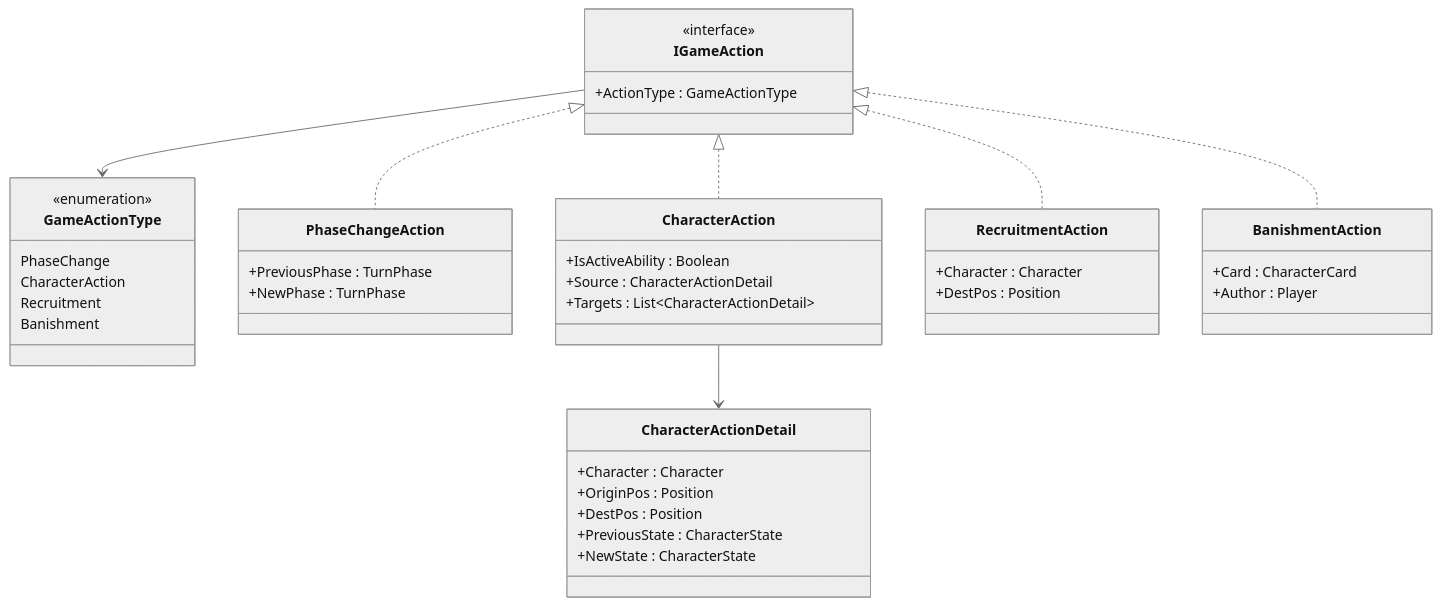
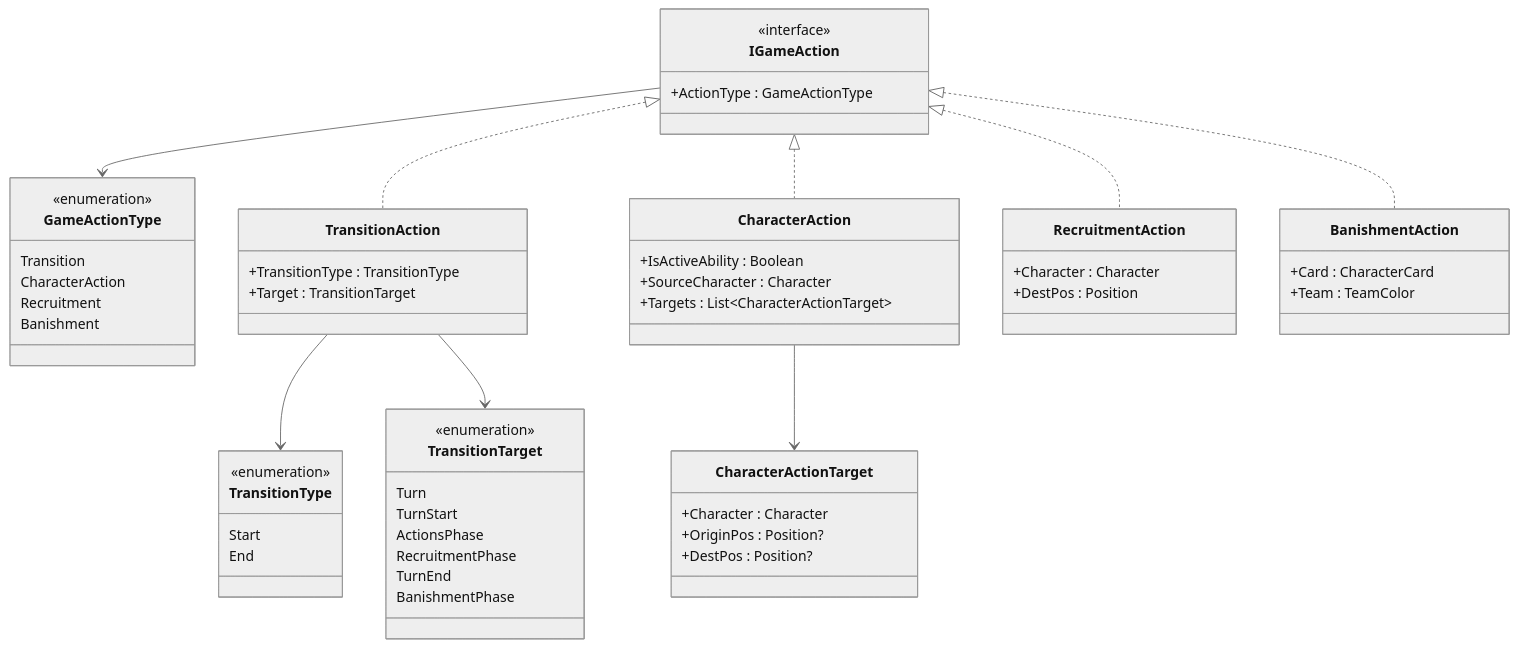
One commit to PaulRosselle/leaders_board_game changed the diagram in docs/GameLogic/uml_actions_gamelogic.mmd. Above: the diagram before and after it, drawn with Mermaid (neutral theme). The commit also changed 3 other files, not shown here.

Commit message:
GameLogic documentation updated for V3 architecture

```diff
--- a/docs/GameLogic/uml_actions_gamelogic.mmd
+++ b/docs/GameLogic/uml_actions_gamelogic.mmd
@@ -1,53 +1,73 @@
 classDiagram
     direction TB
 
     %% Enums
     class GameActionType {
         <<enumeration>>
-        PhaseChange
+        Transition
         CharacterAction
         Recruitment
         Banishment
+    }
+
+    class TransitionType {
+        <<enumeration>>
+        Start
+        End
+    }
+
+    class TransitionTarget {
+        <<enumeration>>
+        Turn
+        TurnStart
+        ActionsPhase
+        RecruitmentPhase
+        TurnEnd
+        BanishmentPhase
     }
 
     %% Interface
     class IGameAction {
         <<interface>>
         +ActionType : GameActionType
     }
 
-    %% Actions concrètes
-    class PhaseChangeAction {
-        +PreviousPhase : TurnPhase
-        +NewPhase : TurnPhase
+    %% Actions
+    class TransitionAction {
+        +TransitionType : TransitionType
+        +Target : TransitionTarget
     }
-    class CharacterActionDetail {
+
+    class CharacterActionTarget {
         +Character : Character
-        +OriginPos : Position
-        +DestPos : Position
-        +PreviousState : CharacterState
-        +NewState : CharacterState
+        +OriginPos : Position?
+        +DestPos : Position?
     }
+
     class CharacterAction {
         +IsActiveAbility : Boolean
-        +Source : CharacterActionDetail
-        +Targets : List~CharacterActionDetail~
+        +SourceCharacter : Character
+        +Targets : List~CharacterActionTarget~
     }
+
     class RecruitmentAction {
         +Character : Character
         +DestPos : Position
     }
+
     class BanishmentAction {
         +Card : CharacterCard
-        +Author : Player
+        +Team : TeamColor
     }
 
     %% Héritage
-    IGameAction <|.. PhaseChangeAction
+    IGameAction <|.. TransitionAction
     IGameAction <|.. CharacterAction
     IGameAction <|.. RecruitmentAction
     IGameAction <|.. BanishmentAction
 
     %% Relations
     IGameAction --> GameActionType
-    CharacterAction --> CharacterActionDetail
+    TransitionAction --> TransitionType
+    TransitionAction --> TransitionTarget
+    CharacterAction --> CharacterActionTarget
```
